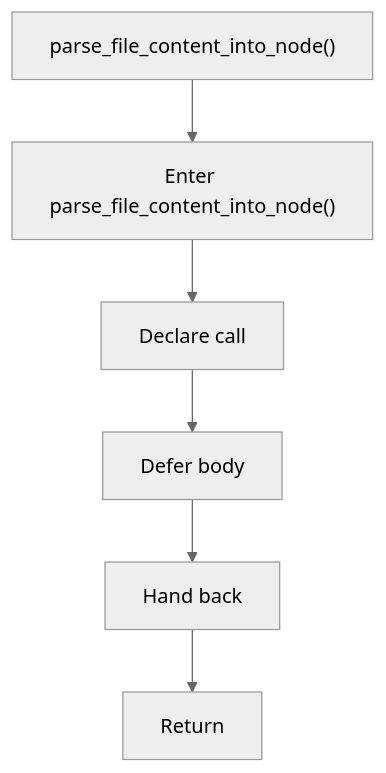
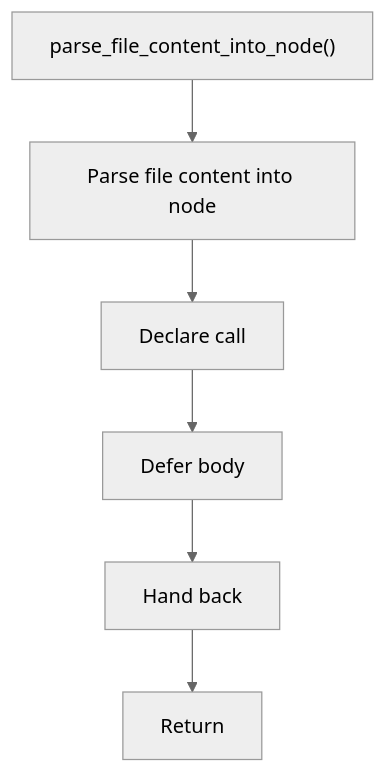
Before and after one commit to JohnAndrewBalbarosa/NeoTerritory: the diagram in docs/Codebase/Microservice/Modules/Header/SyntacticBrokenAST/Trees/Actual/Internal/Flow/functions/parse_file_content_into_node.hpp.md, drawn with Mermaid (neutral theme). The commit also changed other lines of this file and 915 other files, not shown here.

````diff
--- a/docs/Codebase/Microservice/Modules/Header/SyntacticBrokenAST/Trees/Actual/Internal/Flow/functions/parse_file_content_into_node.hpp.md
+++ b/docs/Codebase/Microservice/Modules/Header/SyntacticBrokenAST/Trees/Actual/Internal/Flow/functions/parse_file_content_into_node.hpp.md
@@ -16,14 +16,14 @@
 ```mermaid
 flowchart TD
     Start["parse_file_content_into_node()"]
-    N0["Enter parse_file_content_into_node()"]
+    N0["Parse file content into node"]
     N1["Declare call"]
     N2["Defer body"]
     N3["Hand back"]
     End["Return"]
     Start --> N0
     N0 --> N1
     N1 --> N2
     N2 --> N3
     N3 --> End
 ```
````
